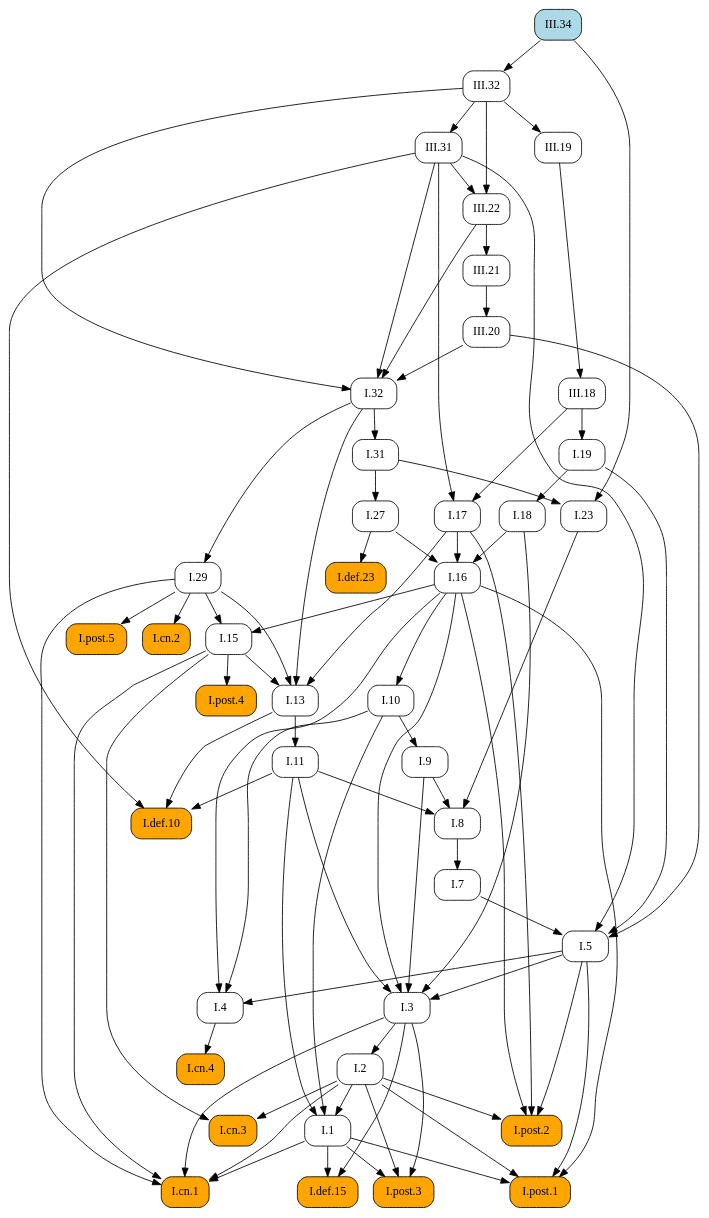
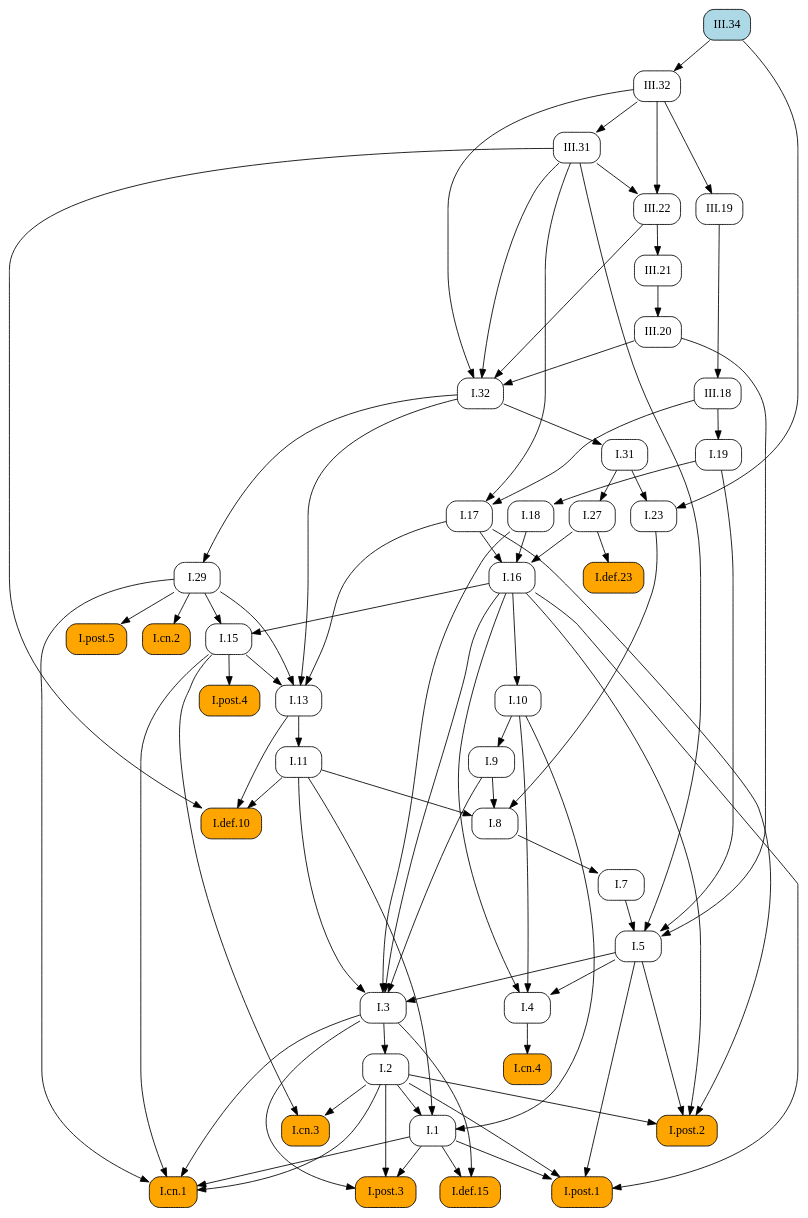
Before and after one commit to geometor/elements: the diagram in docsrc/elements2/III/34/index.rst, drawn with Graphviz. The commit also changed other lines of this file and 409 other files, not shown here.

First line of the commit message:
feat: Add image cropping and graphic extraction script

```diff
--- a/docsrc/elements2/III/34/index.rst
+++ b/docsrc/elements2/III/34/index.rst
@@ -50,126 +50,126 @@
    digraph {
      rankdir="TB";
      node [shape=box, style=rounded];
+     "III.18" [URL="/elements2/III/18/", target="_top"];
+     "I.31" [URL="/elements2/I/31/", target="_top"];
      "I.8" [URL="/elements2/I/8/", target="_top"];
+     "I.5" [URL="/elements2/I/5/", target="_top"];
+     "I.15" [URL="/elements2/I/15/", target="_top"];
+     "I.17" [URL="/elements2/I/17/", target="_top"];
+     "I.cn.1" [style="rounded,filled", fillcolor=orange, URL="/elements2/I/cn.1/", target="_top"];
      "I.32" [URL="/elements2/I/32/", target="_top"];
-     "I.post.1" [style="rounded,filled", fillcolor=orange, URL="/elements2/I/post.1/", target="_top"];
-     "I.5" [URL="/elements2/I/5/", target="_top"];
-     "I.post.5" [style="rounded,filled", fillcolor=orange, URL="/elements2/I/post.5/", target="_top"];
-     "I.def.10" [style="rounded,filled", fillcolor=orange, URL="/elements2/I/def.10/", target="_top"];
-     "I.cn.2" [style="rounded,filled", fillcolor=orange, URL="/elements2/I/cn.2/", target="_top"];
-     "III.22" [URL="/elements2/III/22/", target="_top"];
+     "I.7" [URL="/elements2/I/7/", target="_top"];
+     "I.23" [URL="/elements2/I/23/", target="_top"];
+     "I.16" [URL="/elements2/I/16/", target="_top"];
+     "III.20" [URL="/elements2/III/20/", target="_top"];
+     "III.34" [style="rounded,filled", fillcolor=lightblue, URL="/elements2/III/34/", target="_top"];
+     "III.19" [URL="/elements2/III/19/", target="_top"];
      "I.def.15" [style="rounded,filled", fillcolor=orange, URL="/elements2/I/def.15/", target="_top"];
      "III.31" [URL="/elements2/III/31/", target="_top"];
-     "I.31" [URL="/elements2/I/31/", target="_top"];
+     "I.19" [URL="/elements2/I/19/", target="_top"];
+     "I.def.10" [style="rounded,filled", fillcolor=orange, URL="/elements2/I/def.10/", target="_top"];
      "I.11" [URL="/elements2/I/11/", target="_top"];
-     "I.post.2" [style="rounded,filled", fillcolor=orange, URL="/elements2/I/post.2/", target="_top"];
+     "I.post.4" [style="rounded,filled", fillcolor=orange, URL="/elements2/I/post.4/", target="_top"];
+     "I.def.23" [style="rounded,filled", fillcolor=orange, URL="/elements2/I/def.23/", target="_top"];
+     "I.18" [URL="/elements2/I/18/", target="_top"];
+     "I.post.5" [style="rounded,filled", fillcolor=orange, URL="/elements2/I/post.5/", target="_top"];
      "I.3" [URL="/elements2/I/3/", target="_top"];
-     "I.def.23" [style="rounded,filled", fillcolor=orange, URL="/elements2/I/def.23/", target="_top"];
-     "I.19" [URL="/elements2/I/19/", target="_top"];
-     "I.1" [URL="/elements2/I/1/", target="_top"];
+     "III.22" [URL="/elements2/III/22/", target="_top"];
+     "I.10" [URL="/elements2/I/10/", target="_top"];
+     "III.21" [URL="/elements2/III/21/", target="_top"];
      "I.cn.3" [style="rounded,filled", fillcolor=orange, URL="/elements2/I/cn.3/", target="_top"];
-     "I.cn.4" [style="rounded,filled", fillcolor=orange, URL="/elements2/I/cn.4/", target="_top"];
-     "III.21" [URL="/elements2/III/21/", target="_top"];
-     "I.7" [URL="/elements2/I/7/", target="_top"];
-     "I.17" [URL="/elements2/I/17/", target="_top"];
-     "III.20" [URL="/elements2/III/20/", target="_top"];
-     "III.34" [style="rounded,filled", fillcolor=lightblue, URL="/elements2/III/34/", target="_top"];
+     "I.13" [URL="/elements2/I/13/", target="_top"];
+     "I.4" [URL="/elements2/I/4/", target="_top"];
+     "I.post.3" [style="rounded,filled", fillcolor=orange, URL="/elements2/I/post.3/", target="_top"];
+     "III.32" [URL="/elements2/III/32/", target="_top"];
      "I.9" [URL="/elements2/I/9/", target="_top"];
-     "III.32" [URL="/elements2/III/32/", target="_top"];
-     "I.cn.1" [style="rounded,filled", fillcolor=orange, URL="/elements2/I/cn.1/", target="_top"];
      "I.29" [URL="/elements2/I/29/", target="_top"];
-     "III.19" [URL="/elements2/III/19/", target="_top"];
-     "I.16" [URL="/elements2/I/16/", target="_top"];
-     "I.13" [URL="/elements2/I/13/", target="_top"];
-     "I.post.4" [style="rounded,filled", fillcolor=orange, URL="/elements2/I/post.4/", target="_top"];
-     "I.18" [URL="/elements2/I/18/", target="_top"];
+     "I.post.1" [style="rounded,filled", fillcolor=orange, URL="/elements2/I/post.1/", target="_top"];
      "I.2" [URL="/elements2/I/2/", target="_top"];
      "I.27" [URL="/elements2/I/27/", target="_top"];
-     "III.18" [URL="/elements2/III/18/", target="_top"];
-     "I.4" [URL="/elements2/I/4/", target="_top"];
-     "I.10" [URL="/elements2/I/10/", target="_top"];
-     "I.15" [URL="/elements2/I/15/", target="_top"];
-     "I.23" [URL="/elements2/I/23/", target="_top"];
-     "I.post.3" [style="rounded,filled", fillcolor=orange, URL="/elements2/I/post.3/", target="_top"];
+     "I.1" [URL="/elements2/I/1/", target="_top"];
+     "I.cn.2" [style="rounded,filled", fillcolor=orange, URL="/elements2/I/cn.2/", target="_top"];
+     "I.cn.4" [style="rounded,filled", fillcolor=orange, URL="/elements2/I/cn.4/", target="_top"];
+     "I.post.2" [style="rounded,filled", fillcolor=orange, URL="/elements2/I/post.2/", target="_top"];
+     "III.19" -> "III.18";
+     "I.32" -> "I.31";
      "I.9" -> "I.8";
      "I.11" -> "I.8";
      "I.23" -> "I.8";
+     "I.7" -> "I.5";
+     "I.19" -> "I.5";
+     "III.20" -> "I.5";
+     "III.31" -> "I.5";
+     "I.16" -> "I.15";
+     "I.29" -> "I.15";
+     "III.18" -> "I.17";
+     "III.31" -> "I.17";
+     "I.1" -> "I.cn.1";
+     "I.2" -> "I.cn.1";
+     "I.3" -> "I.cn.1";
+     "I.15" -> "I.cn.1";
+     "I.29" -> "I.cn.1";
      "III.20" -> "I.32";
      "III.22" -> "I.32";
      "III.31" -> "I.32";
      "III.32" -> "I.32";
-     "I.1" -> "I.post.1";
-     "I.2" -> "I.post.1";
-     "I.5" -> "I.post.1";
-     "I.16" -> "I.post.1";
-     "I.7" -> "I.5";
-     "I.19" -> "I.5";
-     "III.20" -> "I.5";
-     "III.31" -> "I.5";
-     "I.29" -> "I.post.5";
+     "I.8" -> "I.7";
+     "I.31" -> "I.23";
+     "III.34" -> "I.23";
+     "I.17" -> "I.16";
+     "I.18" -> "I.16";
+     "I.27" -> "I.16";
+     "III.21" -> "III.20";
+     "III.32" -> "III.19";
+     "I.1" -> "I.def.15";
+     "I.3" -> "I.def.15";
+     "III.32" -> "III.31";
+     "III.18" -> "I.19";
      "I.11" -> "I.def.10";
      "I.13" -> "I.def.10";
      "III.31" -> "I.def.10";
-     "I.29" -> "I.cn.2";
-     "III.31" -> "III.22";
-     "III.32" -> "III.22";
-     "I.1" -> "I.def.15";
-     "I.3" -> "I.def.15";
-     "III.32" -> "III.31";
-     "I.32" -> "I.31";
      "I.13" -> "I.11";
-     "I.2" -> "I.post.2";
-     "I.5" -> "I.post.2";
-     "I.16" -> "I.post.2";
-     "I.17" -> "I.post.2";
+     "I.15" -> "I.post.4";
+     "I.27" -> "I.def.23";
+     "I.19" -> "I.18";
+     "I.29" -> "I.post.5";
      "I.5" -> "I.3";
      "I.9" -> "I.3";
      "I.11" -> "I.3";
      "I.16" -> "I.3";
      "I.18" -> "I.3";
-     "I.27" -> "I.def.23";
-     "III.18" -> "I.19";
-     "I.2" -> "I.1";
-     "I.10" -> "I.1";
-     "I.11" -> "I.1";
+     "III.31" -> "III.22";
+     "III.32" -> "III.22";
+     "I.16" -> "I.10";
+     "III.22" -> "III.21";
      "I.2" -> "I.cn.3";
      "I.15" -> "I.cn.3";
-     "I.4" -> "I.cn.4";
-     "III.22" -> "III.21";
-     "I.8" -> "I.7";
-     "III.18" -> "I.17";
-     "III.31" -> "I.17";
-     "III.21" -> "III.20";
-     "I.10" -> "I.9";
-     "III.34" -> "III.32";
-     "I.1" -> "I.cn.1";
-     "I.2" -> "I.cn.1";
-     "I.3" -> "I.cn.1";
-     "I.15" -> "I.cn.1";
-     "I.29" -> "I.cn.1";
-     "I.32" -> "I.29";
-     "III.32" -> "III.19";
-     "I.17" -> "I.16";
-     "I.18" -> "I.16";
-     "I.27" -> "I.16";
      "I.15" -> "I.13";
      "I.17" -> "I.13";
      "I.29" -> "I.13";
      "I.32" -> "I.13";
-     "I.15" -> "I.post.4";
-     "I.19" -> "I.18";
-     "I.3" -> "I.2";
-     "I.31" -> "I.27";
-     "III.19" -> "III.18";
      "I.5" -> "I.4";
      "I.10" -> "I.4";
      "I.16" -> "I.4";
-     "I.16" -> "I.10";
-     "I.16" -> "I.15";
-     "I.29" -> "I.15";
-     "I.31" -> "I.23";
-     "III.34" -> "I.23";
      "I.1" -> "I.post.3";
      "I.2" -> "I.post.3";
      "I.3" -> "I.post.3";
+     "III.34" -> "III.32";
+     "I.10" -> "I.9";
+     "I.32" -> "I.29";
+     "I.1" -> "I.post.1";
+     "I.2" -> "I.post.1";
+     "I.5" -> "I.post.1";
+     "I.16" -> "I.post.1";
+     "I.3" -> "I.2";
+     "I.31" -> "I.27";
+     "I.2" -> "I.1";
+     "I.10" -> "I.1";
+     "I.11" -> "I.1";
+     "I.29" -> "I.cn.2";
+     "I.4" -> "I.cn.4";
+     "I.2" -> "I.post.2";
+     "I.5" -> "I.post.2";
+     "I.16" -> "I.post.2";
+     "I.17" -> "I.post.2";
    }
```
